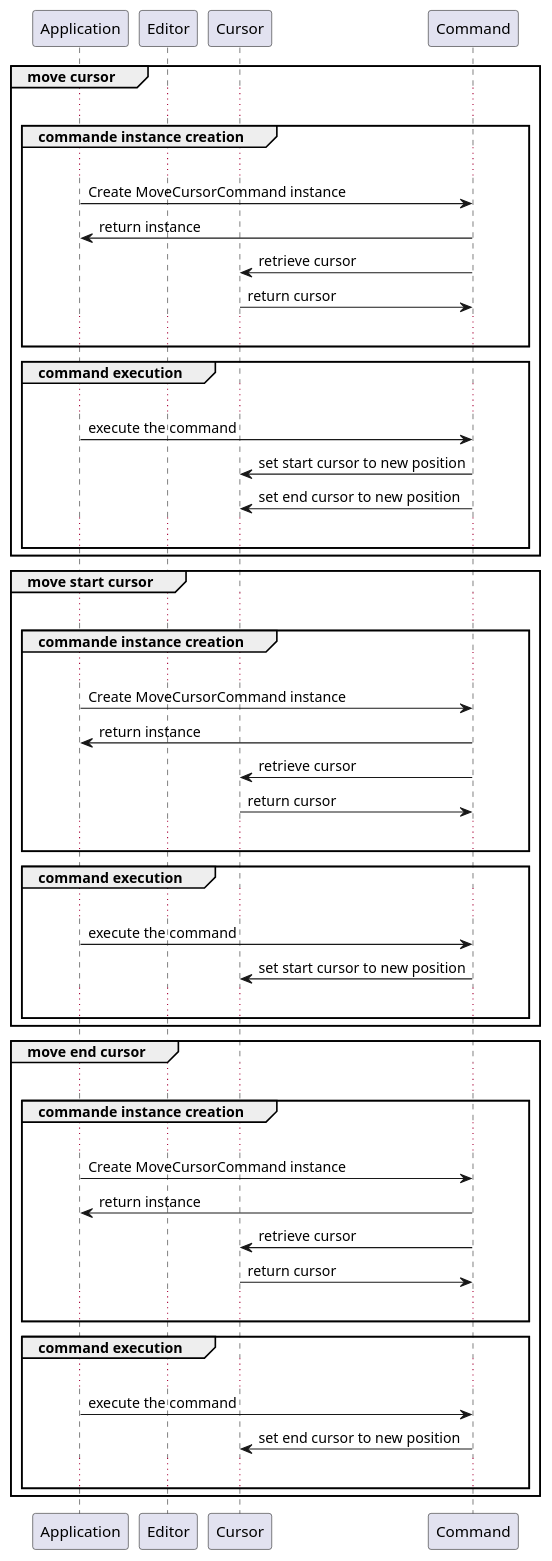
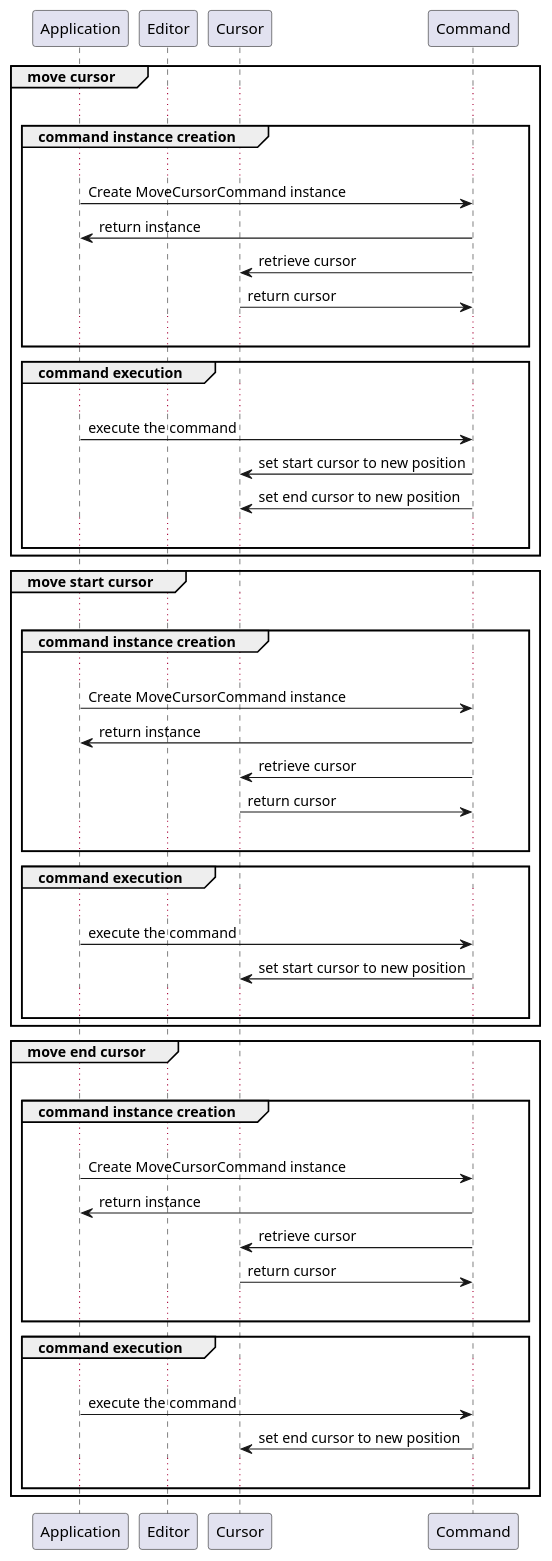
One commit to CodyAdam/another-useless-text-editor changed the fourth of 9 diagrams in README.md. Above: the diagram before and after it, drawn with PlantUML. The commit also changed other lines of this file, not shown here.

````diff
--- a/README.md
+++ b/README.md
@@ -444,62 +444,62 @@
 ```plantuml
 @startuml
 
 participant Application as app
 participant Editor as edit
 participant Cursor as cur
 participant Command as com
 
 group move cursor
 ...
-    group commande instance creation
+    group command instance creation
     ...
         app -> com: Create MoveCursorCommand instance
         com -> app: return instance
         com -> cur: retrieve cursor
         cur -> com: return cursor
     ...
     end
     group command execution
     ...
         app -> com: execute the command
         com -> cur: set start cursor to new position
         com -> cur: set end cursor to new position
     ...
     end
 end
 group move start cursor
 ...
-    group commande instance creation
+    group command instance creation
     ...
         app -> com: Create MoveCursorCommand instance
         com -> app: return instance
         com -> cur: retrieve cursor
         cur -> com: return cursor
     ...
     end
     group command execution
     ...
         app -> com: execute the command
         com -> cur: set start cursor to new position
     ...
     end
 end
 group move end cursor
 ...
-    group commande instance creation
+    group command instance creation
     ...
         app -> com: Create MoveCursorCommand instance
         com -> app: return instance
         com -> cur: retrieve cursor
         cur -> com: return cursor
     ...
     end
     group command execution
     ...
         app -> com: execute the command
         com -> cur: set end cursor to new position
     ...
     end
 end
 @enduml
 ```
````
